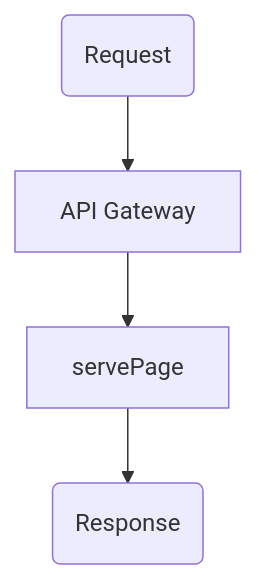
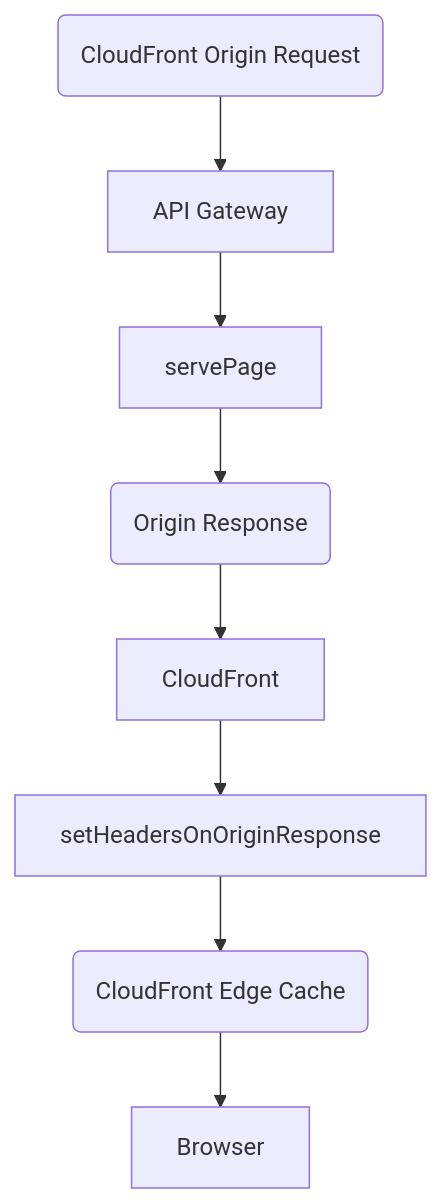
One commit to hollowverse-archive/architecture changed the diagram in originServer/originServer.md. Above: the diagram before and after it, drawn with Mermaid. The commit also changed other lines of this file and 2 other files, not shown here.

Commit message:
Describe origin request process in detail

````diff
--- a/originServer/originServer.md
+++ b/originServer/originServer.md
@@ -3,6 +3,10 @@
 ```mermaid
 graph TD
-  request(Request) --> apiGateway[API Gateway]
+  request(CloudFront Origin Request) --> apiGateway[API Gateway]
   apiGateway --> servePage
-  servePage --> response(Response)
+  servePage --> response(Origin Response)
+  response --> CloudFront
+  CloudFront --> setHeadersOnOriginResponse
+  setHeadersOnOriginResponse --> cfEdgeCache(CloudFront Edge Cache)
+  cfEdgeCache --> Browser
 ```
````
